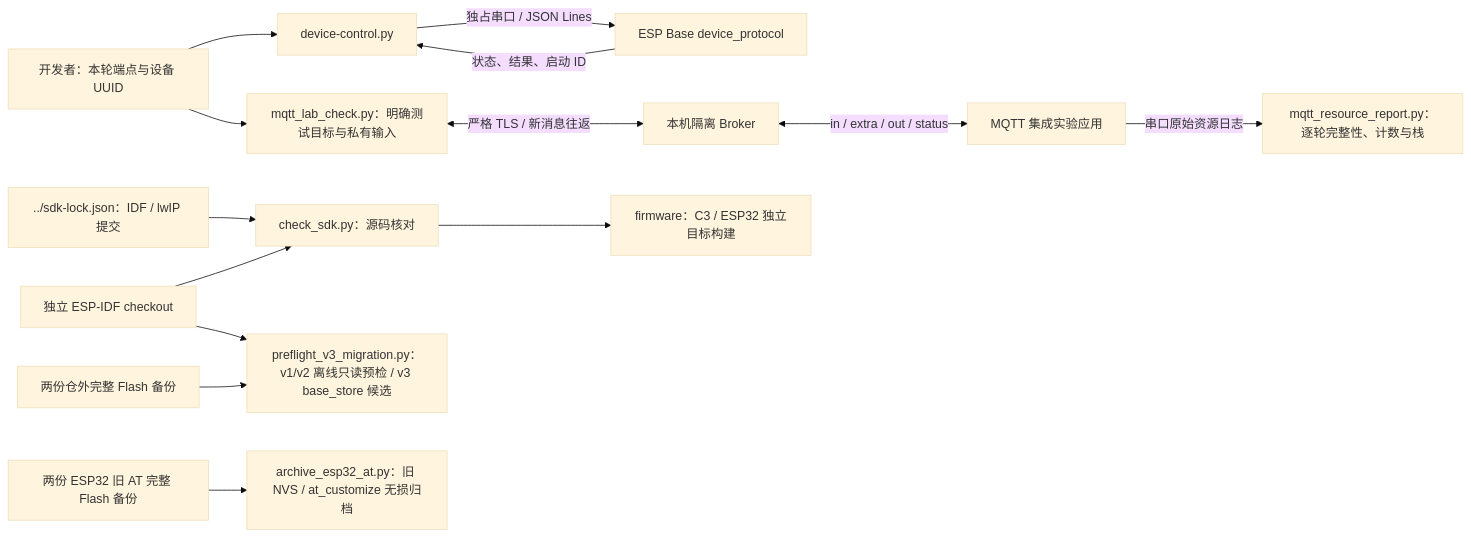
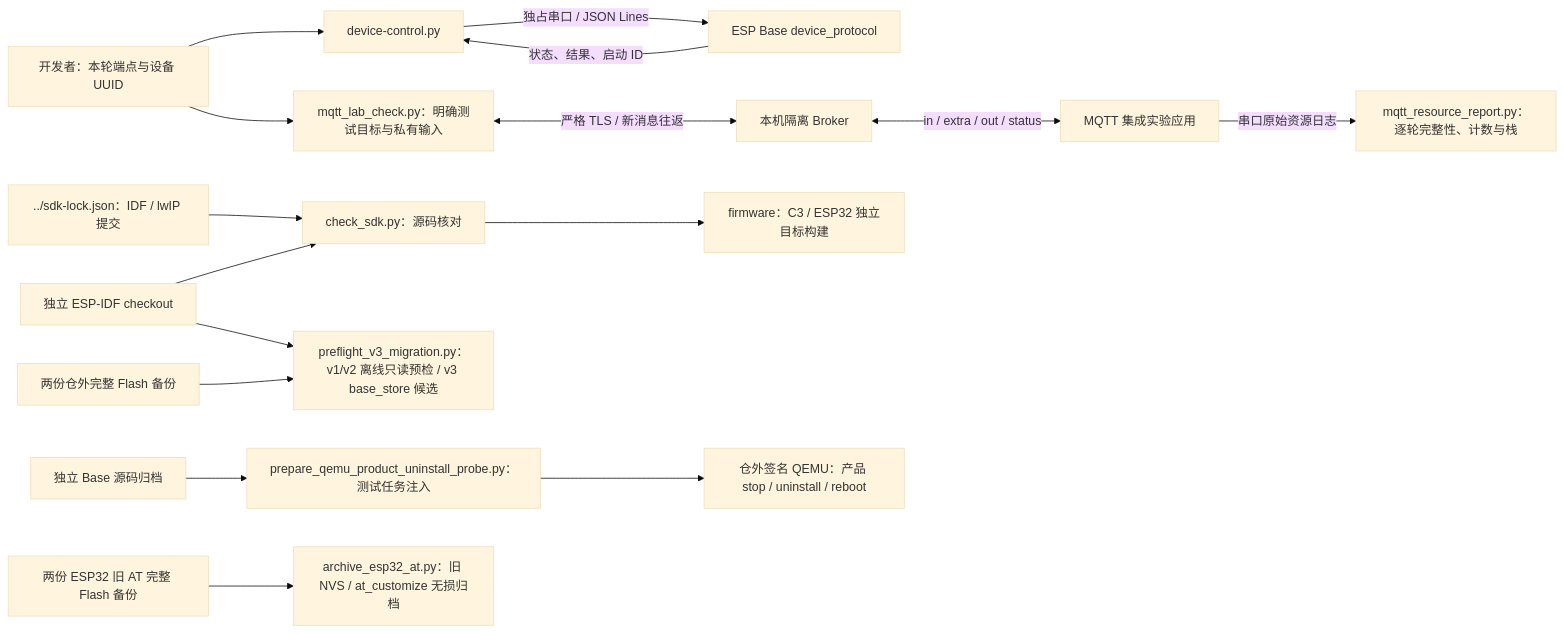
The diagram in tools/README.md (darren-you/esp-base), drawn with Mermaid (base theme) before and after one commit. The commit also changed other lines of this file and 6 other files, not shown here.

````diff
--- a/tools/README.md
+++ b/tools/README.md
@@ -7,16 +7,18 @@
 ```mermaid
 flowchart LR
     user["开发者：本轮端点与设备 UUID"] --> cli["device-control.py"]
     cli -->|"独占串口 / JSON Lines"| firmware["ESP Base device_protocol"]
     firmware -->|"状态、结果、启动 ID"| cli
     user --> checker["mqtt_lab_check.py：明确测试目标与私有输入"]
     checker <-->|"严格 TLS / 新消息往返"| broker["本机隔离 Broker"]
     broker <-->|"in / extra / out / status"| lab["MQTT 集成实验应用"]
     lab -->|"串口原始资源日志"| report["mqtt_resource_report.py：逐轮完整性、计数与栈"]
     sdk_lock["../sdk-lock.json：IDF / lwIP 提交"] --> sdk_check["check_sdk.py：源码核对"]
     idf["独立 ESP-IDF checkout"] --> sdk_check
     sdk_check --> build["firmware：C3 / ESP32 独立目标构建"]
     backup["两份仓外完整 Flash 备份"] --> preflight["preflight_v3_migration.py：v1/v2 离线只读预检 / v3 base_store 候选"]
     idf --> preflight
+    archive["独立 Base 源码归档"] --> uninstall_probe["prepare_qemu_product_uninstall_probe.py：测试任务注入"]
+    uninstall_probe --> qemu["仓外签名 QEMU：产品 stop / uninstall / reboot"]
     at_backup["两份 ESP32 旧 AT 完整 Flash 备份"] --> at_archive["archive_esp32_at.py：旧 NVS / at_customize 无损归档"]
 ```
````
